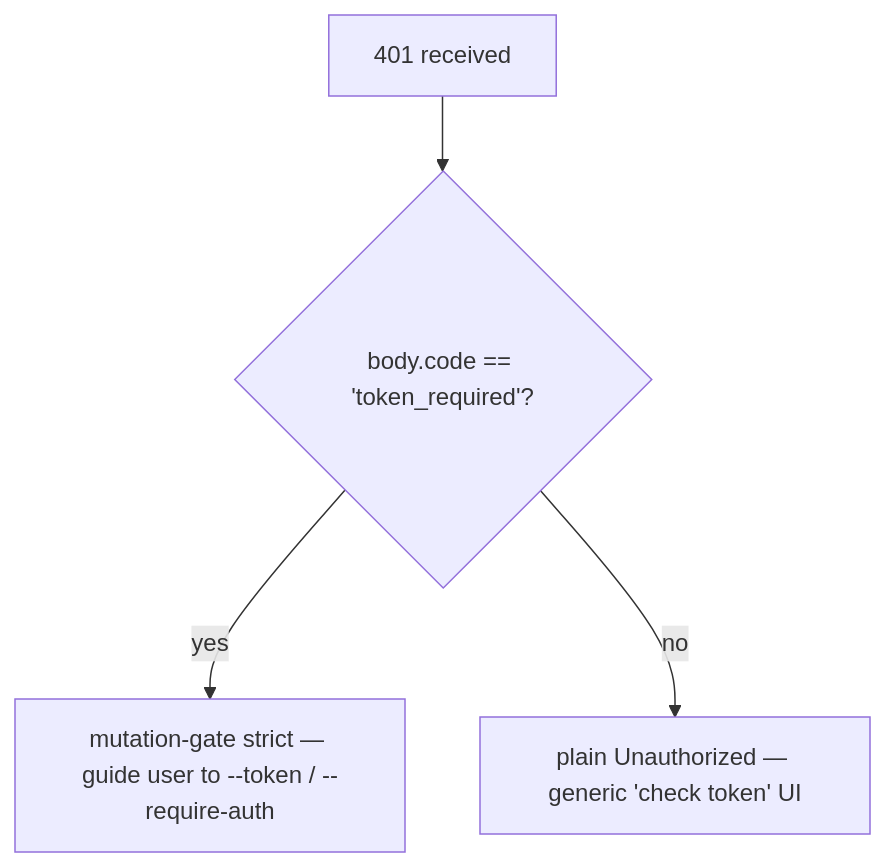
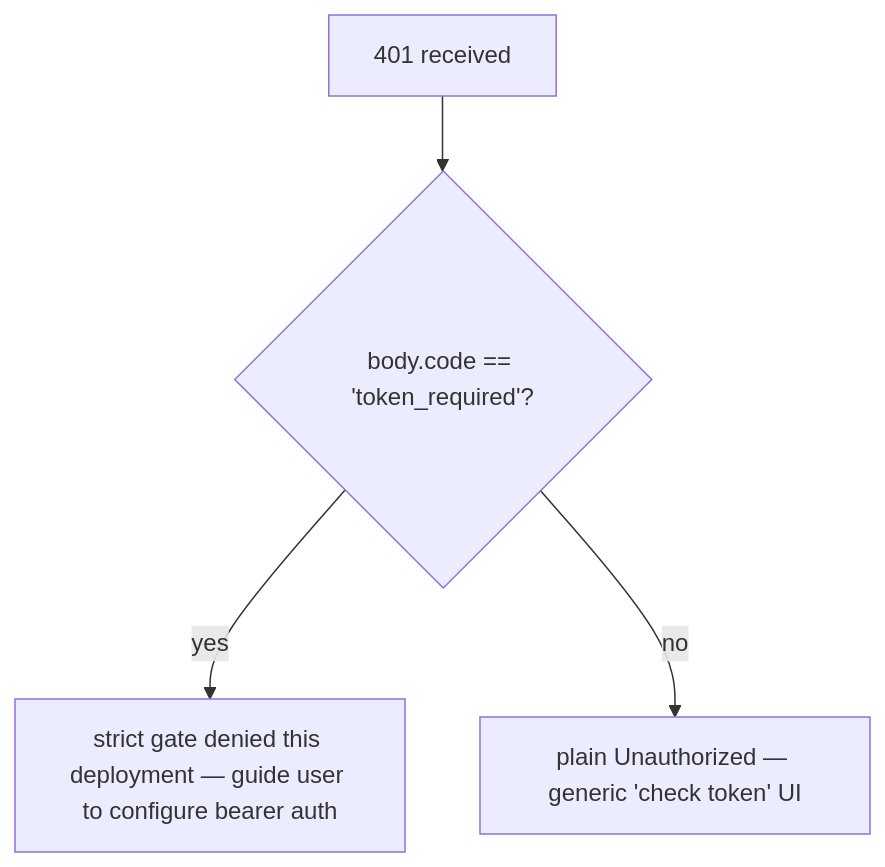
One commit to QwenLM/qwen-code changed the second of 2 diagrams in docs/developers/daemon/18-error-taxonomy.md. Above: the diagram before and after it, drawn with Mermaid. The commit also changed other lines of this file and 40 other files, not shown here.

````diff
--- a/docs/developers/daemon/18-error-taxonomy.md
+++ b/docs/developers/daemon/18-error-taxonomy.md
@@ -139,6 +139,6 @@
 ```mermaid
 flowchart TD
     A["401 received"] --> B{"body.code == 'token_required'?"}
-    B -->|yes| C["mutation-gate strict — guide user to --token / --require-auth"]
+    B -->|yes| C["strict gate denied this deployment — guide user to configure bearer auth"]
     B -->|no| D["plain Unauthorized — generic 'check token' UI"]
 ```
````
